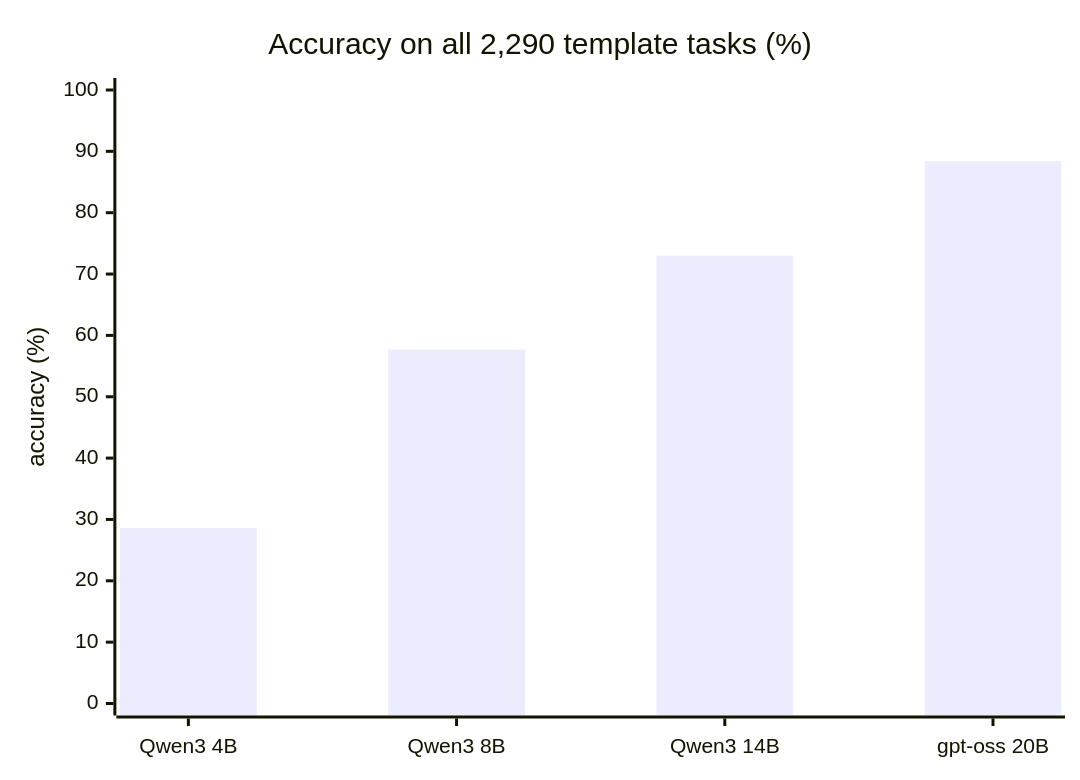
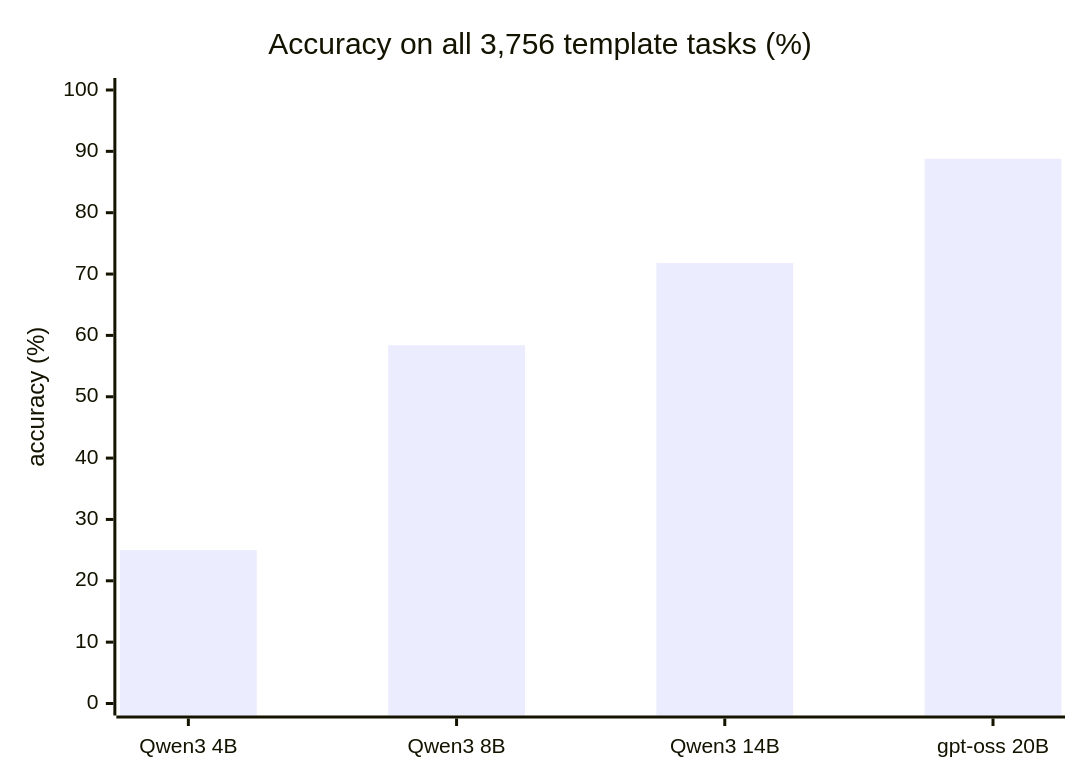
Before and after one commit to aptgetnitin/whatifgym: the ninth of 10 diagrams in README.md, drawn with Mermaid. The commit also changed other lines of this file and 9005 other files, not shown here.

````diff
--- a/README.md
+++ b/README.md
@@ -517,7 +503,7 @@
 ```mermaid
 xychart-beta
-    title "Accuracy on all 2,290 template tasks (%)"
+    title "Accuracy on all 3,756 template tasks (%)"
     x-axis ["Qwen3 4B", "Qwen3 8B", "Qwen3 14B", "gpt-oss 20B"]
     y-axis "accuracy (%)" 0 --> 100
-    bar [28.6, 57.7, 73.0, 88.4]
+    bar [25.0, 58.4, 71.8, 88.8]
 ```
````
